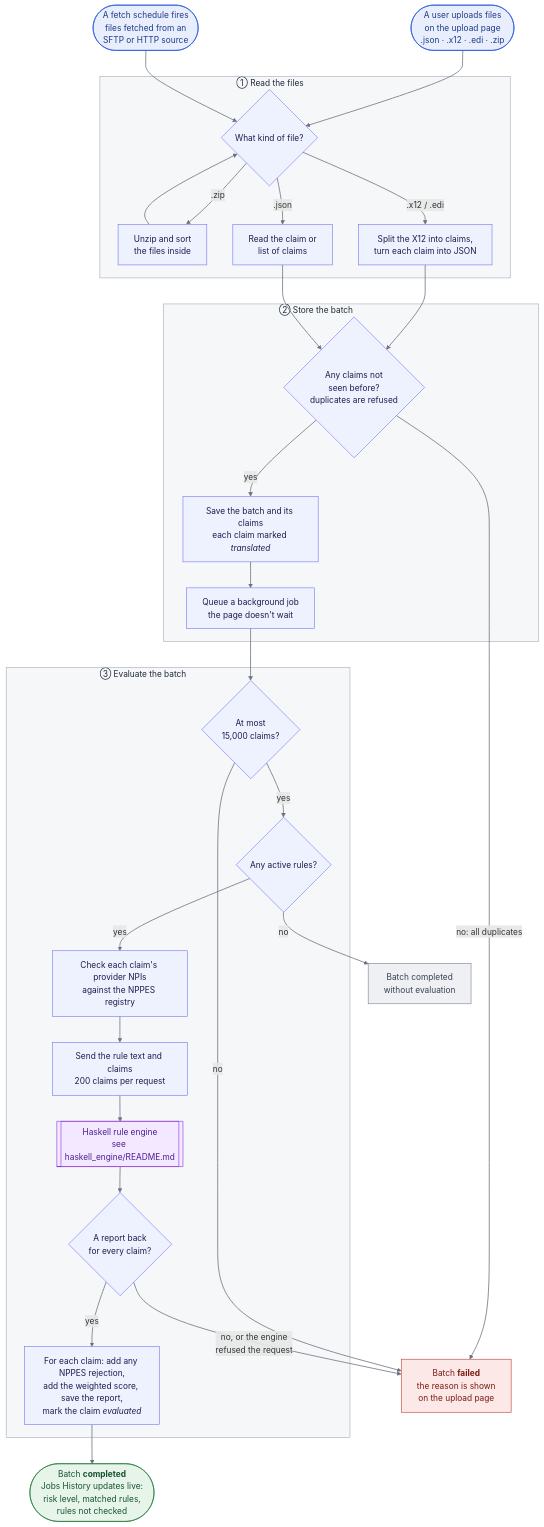
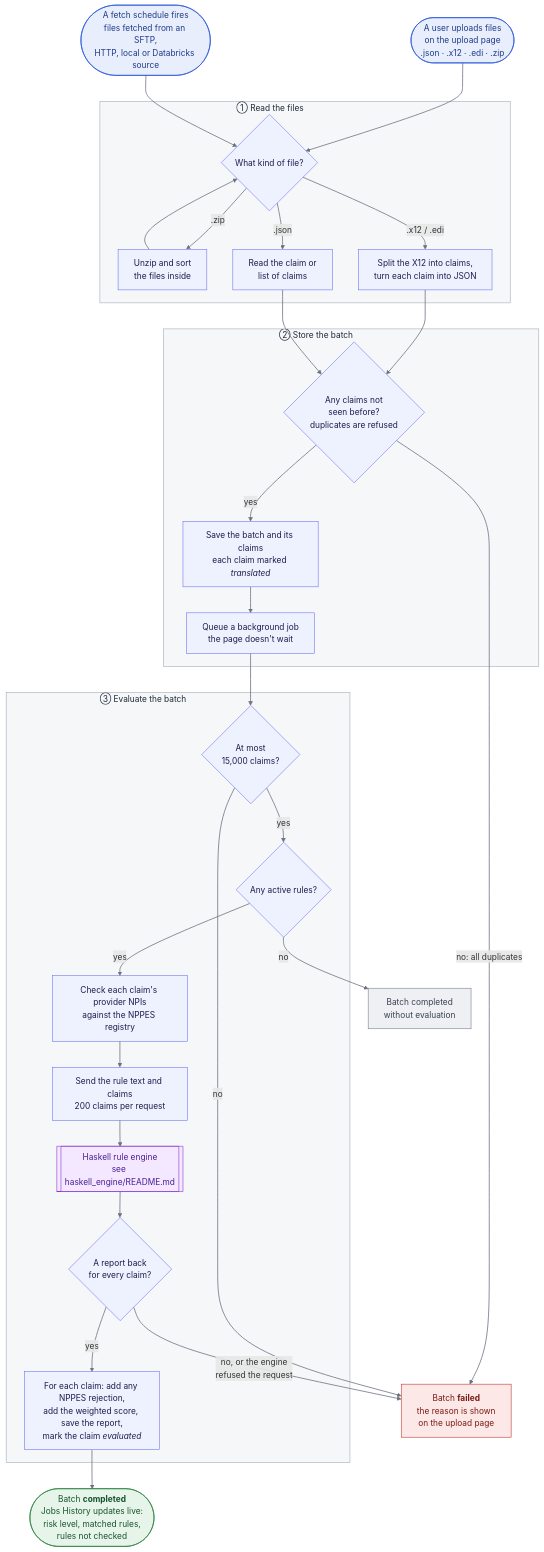
One commit to donfox/medicaid_claims_checker changed the diagram in phoenix_web/README.md. Above: the diagram before and after it, drawn with Mermaid. The commit also changed other lines of this file and 5 other files, not shown here.

````diff
--- a/phoenix_web/README.md
+++ b/phoenix_web/README.md
@@ -49,64 +52,64 @@
 ```mermaid
 flowchart TD
     UP(["A user uploads files<br/>on the upload page<br/>.json · .x12 · .edi · .zip"])
-    SCH(["A fetch schedule fires<br/>files fetched from an<br/>SFTP or HTTP source"])
+    SCH(["A fetch schedule fires<br/>files fetched from an SFTP,<br/>HTTP, local or Databricks source"])
 
     subgraph S1["①&nbsp;Read&nbsp;the&nbsp;files&nbsp;&nbsp;&nbsp;&nbsp;&nbsp;&nbsp;&nbsp;&nbsp;&nbsp;&nbsp;&nbsp;&nbsp;&nbsp;&nbsp;&nbsp;&nbsp;&nbsp;&nbsp;&nbsp;&nbsp;&nbsp;&nbsp;&nbsp;&nbsp;&nbsp;&nbsp;&nbsp;&nbsp;&nbsp;&nbsp;"]
         KIND{"What kind of file?"}
         ZIP["Unzip and sort<br/>the files inside"]
         X12["Split the X12 into claims,<br/>turn each claim into JSON"]
         JSON["Read the claim or<br/>list of claims"]
     end
 
     subgraph S2["②&nbsp;Store&nbsp;the&nbsp;batch&nbsp;&nbsp;&nbsp;&nbsp;&nbsp;&nbsp;&nbsp;&nbsp;&nbsp;&nbsp;&nbsp;&nbsp;&nbsp;&nbsp;&nbsp;&nbsp;&nbsp;&nbsp;&nbsp;&nbsp;&nbsp;&nbsp;&nbsp;&nbsp;&nbsp;&nbsp;&nbsp;&nbsp;&nbsp;&nbsp;"]
         DUP{"Any claims not<br/>seen before?<br/>duplicates are refused"}
         SAVE["Save the batch and its claims<br/>each claim marked <i>translated</i>"]
         Q["Queue a background job<br/>the page doesn't wait"]
     end
 
     subgraph S3["③&nbsp;Evaluate&nbsp;the&nbsp;batch&nbsp;&nbsp;&nbsp;&nbsp;&nbsp;&nbsp;&nbsp;&nbsp;&nbsp;&nbsp;&nbsp;&nbsp;&nbsp;&nbsp;&nbsp;&nbsp;&nbsp;&nbsp;&nbsp;&nbsp;&nbsp;&nbsp;&nbsp;&nbsp;&nbsp;&nbsp;&nbsp;&nbsp;&nbsp;&nbsp;"]
         SIZE{"At most<br/>15,000 claims?"}
         RULES{"Any active rules?"}
         NPPES["Check each claim's provider NPIs<br/>against the NPPES registry"]
         SEND["Send the rule text and claims<br/>200 claims per request"]
         ENG[["Haskell rule engine<br/>see haskell_engine/README.md"]]
         OK{"A report back<br/>for every claim?"}
         STORE["For each claim: add any NPPES rejection,<br/>add the weighted score, save the report,<br/>mark the claim <i>evaluated</i>"]
     end
 
     DONE(["Batch <b>completed</b><br/>Jobs History updates live:<br/>risk level, matched rules,<br/>rules not checked"])
     NONE["Batch completed<br/>without evaluation"]
     FAIL["Batch <b>failed</b><br/>the reason is shown<br/>on the upload page"]
 
     UP --> KIND
     SCH --> KIND
     KIND -- ".zip" --> ZIP --> KIND
     KIND -- ".x12 / .edi" --> X12
     KIND -- ".json" --> JSON
     X12 --> DUP
     JSON --> DUP
     DUP -- yes --> SAVE --> Q --> SIZE
     DUP -- "no: all duplicates" --> FAIL
     SIZE -- yes --> RULES
     SIZE -- no --> FAIL
     RULES -- yes --> NPPES --> SEND --> ENG --> OK
     RULES -- no --> NONE
     OK -- yes --> STORE --> DONE
     OK -- "no, or the engine<br/>refused the request" --> FAIL
 
     classDef err fill:#fde8e8,stroke:#b42318,color:#7a1a12
     classDef good fill:#e7f4ea,stroke:#1e7b34,color:#14532d
     classDef muted fill:#eef0f3,stroke:#6b7280,color:#374151
     classDef io fill:#e8eefc,stroke:#1d4ed8,color:#1e3a8a
     classDef engine fill:#f3e8ff,stroke:#7e22ce,color:#4c1d95
     class FAIL err
     class DONE good
     class NONE muted
     class UP,SCH io
     class ENG engine
     style S1 fill:#f6f7f9,stroke:#9aa3af,color:#1f2937
     style S2 fill:#f6f7f9,stroke:#9aa3af,color:#1f2937
     style S3 fill:#f6f7f9,stroke:#9aa3af,color:#1f2937
     classDef default fill:#eef2ff,stroke:#6366f1,color:#1e1b4b
     linkStyle default stroke:#6b7280,stroke-width:1.5px
 ```
````
